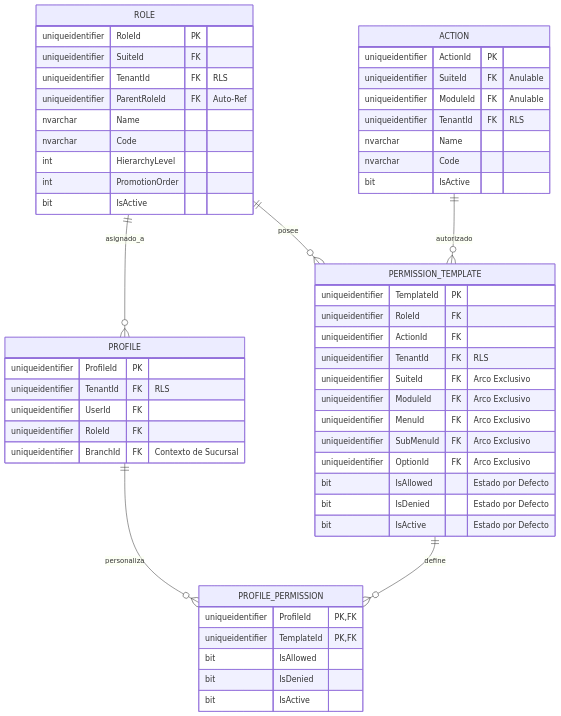
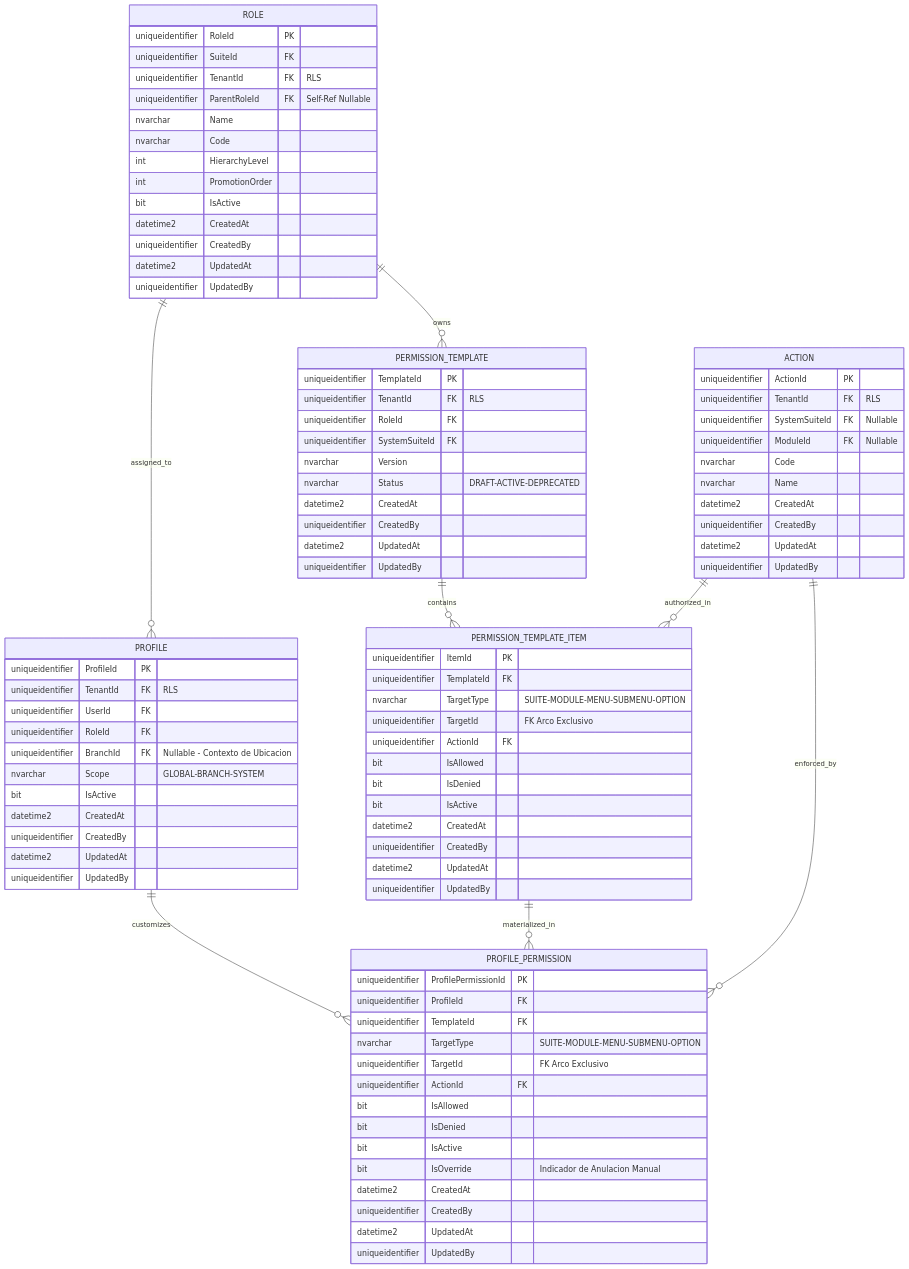
The second of 5 diagrams in docs/architecture/blueprints-es/database-design-er.md (beyondnetcode/ums), drawn with Mermaid before and after one commit. The commit also changed other lines of this file and 1 other file, not shown here.

First line of the commit message:
docs(er-diagram): complete aggregate data models from domain Props

````diff
--- a/docs/architecture/blueprints-es/database-design-er.md
+++ b/docs/architecture/blueprints-es/database-design-er.md
@@ -76,46 +92,68 @@
 ```mermaid
 erDiagram
-    ROLE ||--o{ PERMISSION_TEMPLATE : "posee"
-    ROLE ||--o{ PROFILE : "asignado_a"
-    PROFILE ||--o{ PROFILE_PERMISSION : "personaliza"
-    PERMISSION_TEMPLATE ||--o{ PROFILE_PERMISSION : "define"
-    ACTION ||--o{ PERMISSION_TEMPLATE : "autorizado"
+    ROLE ||--o{ PERMISSION_TEMPLATE : "owns"
+    ROLE ||--o{ PROFILE : "assigned_to"
+    PROFILE ||--o{ PROFILE_PERMISSION : "customizes"
+    PERMISSION_TEMPLATE ||--o{ PERMISSION_TEMPLATE_ITEM : "contains"
+    PERMISSION_TEMPLATE_ITEM ||--o{ PROFILE_PERMISSION : "materialized_in"
+    ACTION ||--o{ PERMISSION_TEMPLATE_ITEM : "authorized_in"
+    ACTION ||--o{ PROFILE_PERMISSION : "enforced_by"
 
     ROLE {
         uniqueidentifier RoleId PK
         uniqueidentifier SuiteId FK
         uniqueidentifier TenantId FK "RLS"
-        uniqueidentifier ParentRoleId FK "Auto-Ref"
+        uniqueidentifier ParentRoleId FK "Self-Ref Nullable"
         nvarchar Name
         nvarchar Code
         int HierarchyLevel
         int PromotionOrder
         bit IsActive
+        datetime2 CreatedAt
+        uniqueidentifier CreatedBy
+        datetime2 UpdatedAt
+        uniqueidentifier UpdatedBy
     }
 
     ACTION {
         uniqueidentifier ActionId PK
-        uniqueidentifier SuiteId FK "Anulable"
-        uniqueidentifier ModuleId FK "Anulable"
         uniqueidentifier TenantId FK "RLS"
+        uniqueidentifier SystemSuiteId FK "Nullable"
+        uniqueidentifier ModuleId FK "Nullable"
+        nvarchar Code
         nvarchar Name
-        nvarchar Code
-        bit IsActive
+        datetime2 CreatedAt
+        uniqueidentifier CreatedBy
+        datetime2 UpdatedAt
+        uniqueidentifier UpdatedBy
     }
 
     PERMISSION_TEMPLATE {
         uniqueidentifier TemplateId PK
+        uniqueidentifier TenantId FK "RLS"
         uniqueidentifier RoleId FK
+        uniqueidentifier SystemSuiteId FK
+        nvarchar Version
+        nvarchar Status "DRAFT-ACTIVE-DEPRECATED"
+        datetime2 CreatedAt
+        uniqueidentifier CreatedBy
+        datetime2 UpdatedAt
+        uniqueidentifier UpdatedBy
+    }
+
+    PERMISSION_TEMPLATE_ITEM {
+        uniqueidentifier ItemId PK
+        uniqueidentifier TemplateId FK
+        nvarchar TargetType "SUITE-MODULE-MENU-SUBMENU-OPTION"
+        uniqueidentifier TargetId "FK Arco Exclusivo"
         uniqueidentifier ActionId FK
-        uniqueidentifier TenantId FK "RLS"
-        uniqueidentifier SuiteId FK "Arco Exclusivo"
-        uniqueidentifier ModuleId FK "Arco Exclusivo"
-        uniqueidentifier MenuId FK "Arco Exclusivo"
-        uniqueidentifier SubMenuId FK "Arco Exclusivo"
-        uniqueidentifier OptionId FK "Arco Exclusivo"
-        bit IsAllowed "Estado por Defecto"
-        bit IsDenied "Estado por Defecto"
-        bit IsActive "Estado por Defecto"
+        bit IsAllowed
+        bit IsDenied
+        bit IsActive
+        datetime2 CreatedAt
+        uniqueidentifier CreatedBy
+        datetime2 UpdatedAt
+        uniqueidentifier UpdatedBy
     }
 
     PROFILE {
@@ -123,14 +161,29 @@
         uniqueidentifier TenantId FK "RLS"
         uniqueidentifier UserId FK
         uniqueidentifier RoleId FK
-        uniqueidentifier BranchId FK "Contexto de Sucursal"
+        uniqueidentifier BranchId FK "Nullable - Contexto de Ubicacion"
+        nvarchar Scope "GLOBAL-BRANCH-SYSTEM"
+        bit IsActive
+        datetime2 CreatedAt
+        uniqueidentifier CreatedBy
+        datetime2 UpdatedAt
+        uniqueidentifier UpdatedBy
     }
 
     PROFILE_PERMISSION {
-        uniqueidentifier ProfileId PK, FK
-        uniqueidentifier TemplateId PK, FK
+        uniqueidentifier ProfilePermissionId PK
+        uniqueidentifier ProfileId FK
+        uniqueidentifier TemplateId FK
+        nvarchar TargetType "SUITE-MODULE-MENU-SUBMENU-OPTION"
+        uniqueidentifier TargetId "FK Arco Exclusivo"
+        uniqueidentifier ActionId FK
         bit IsAllowed
         bit IsDenied
         bit IsActive
+        bit IsOverride "Indicador de Anulacion Manual"
+        datetime2 CreatedAt
+        uniqueidentifier CreatedBy
+        datetime2 UpdatedAt
+        uniqueidentifier UpdatedBy
     }
 ```
````
